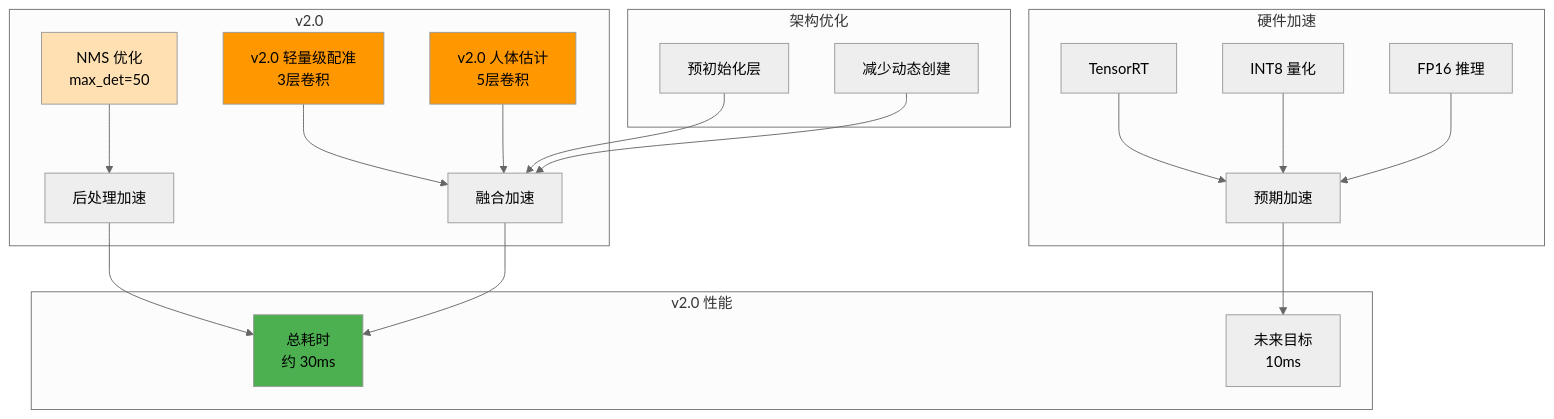
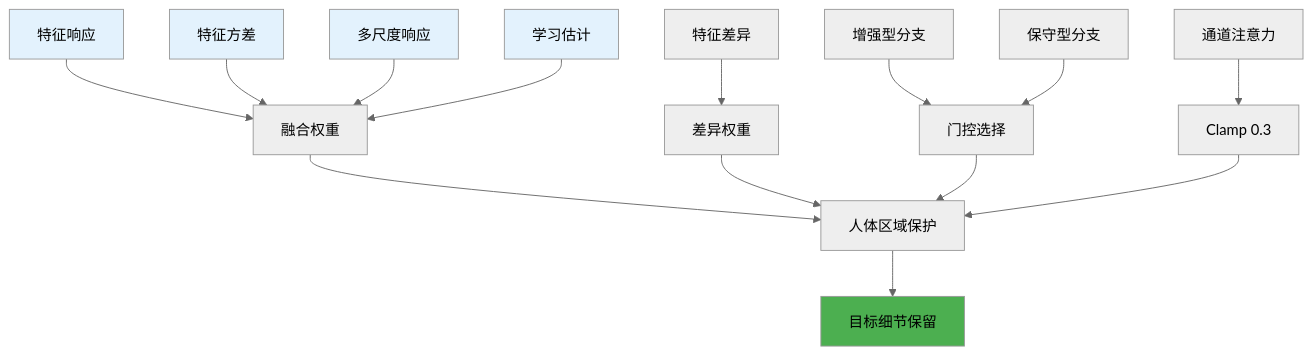
Before and after one commit to moonway0127/yolo_low_light_enhance: the fourth of 5 diagrams in README.md, drawn with Mermaid (neutral theme). The commit also changed other lines of this file and 25 other files, not shown here.

````diff
--- a/README.md
+++ b/README.md
@@ -384,30 +227,26 @@
 ```mermaid
 graph TB
-    subgraph 算法优化[v2.0]
-        A1[NMS 优化<br/>max_det=50] --> B1[后处理加速]
-        A2[v2.0 轻量级配准<br/>3层卷积] --> B2[融合加速]
-        A3[v2.0 人体估计<br/>5层卷积] --> B2
-    end
+    A1[特征响应] --> E[融合权重]
+    A2[特征方差] --> E
+    A3[多尺度响应] --> E
+    A4[学习估计] --> E
+    E --> F[人体区域保护]
     
-    subgraph 架构优化
-        A4[预初始化层] --> B2
-        A5[减少动态创建] --> B2
-    end
+    B1[特征差异] --> G[差异权重]
+    G --> F
     
-    subgraph 硬件加速
-        A6[TensorRT] --> B3[预期加速]
-        A7[INT8 量化] --> B3
-        A8[FP16 推理] --> B3
-    end
+    C1[增强型分支] --> I[门控选择]
+    C2[保守型分支] --> I
+    I --> F
     
-    subgraph v2.0 性能
-        B1 --> C1[总耗时<br/>约 30ms]
-        B2 --> C1
-        B3 --> C2[未来目标<br/>10ms]
-    end
+    D1[通道注意力] --> K[Clamp 0.3]
+    K --> F
     
-    style A1 fill:#ffe0b2
-    style A2 fill:#ff9800
-    style A3 fill:#ff9800
-    style C1 fill:#4caf50
+    F --> M[目标细节保留]
+    
+    style A1 fill:#e3f2fd
+    style A2 fill:#e3f2fd
+    style A3 fill:#e3f2fd
+    style A4 fill:#e3f2fd
+    style M fill:#4caf50
 ```
````
